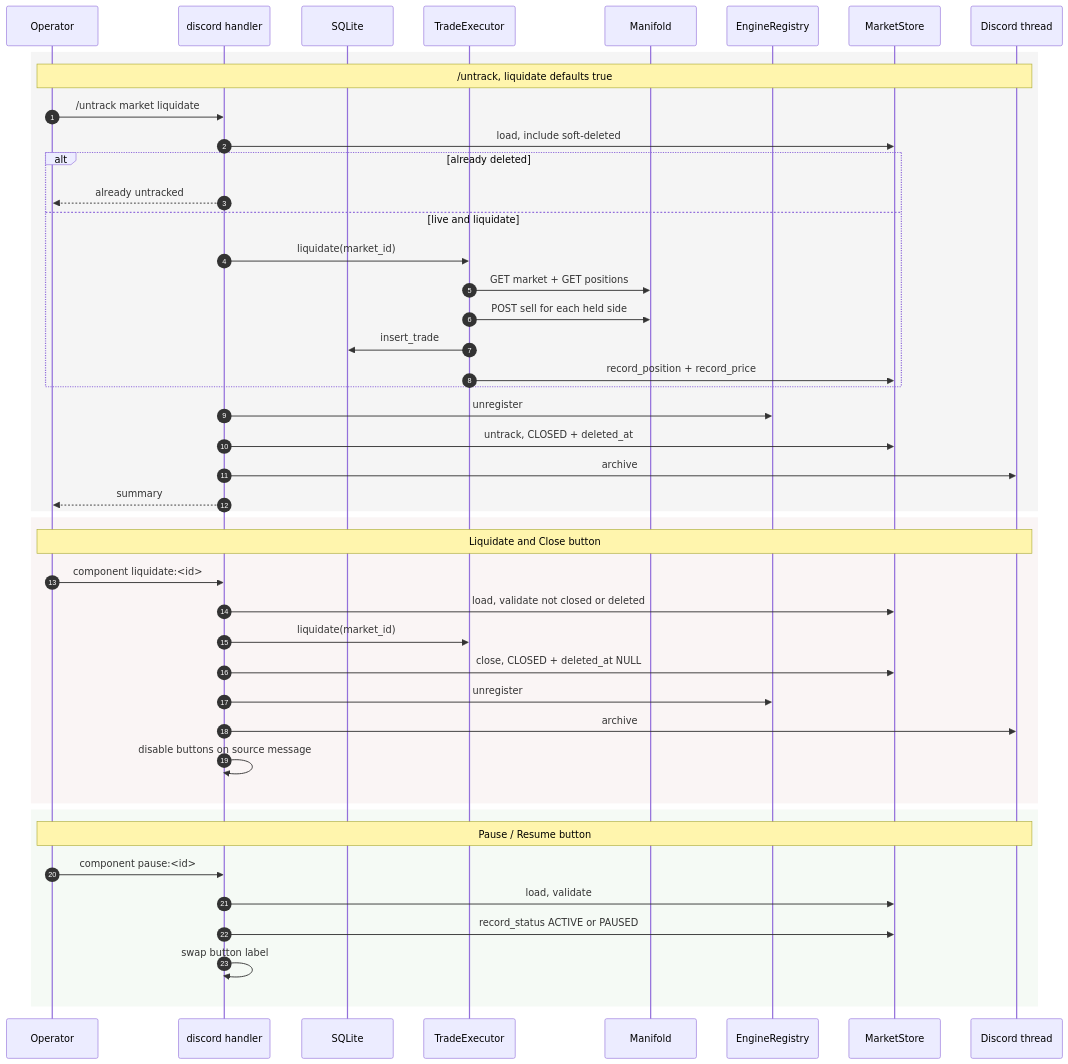
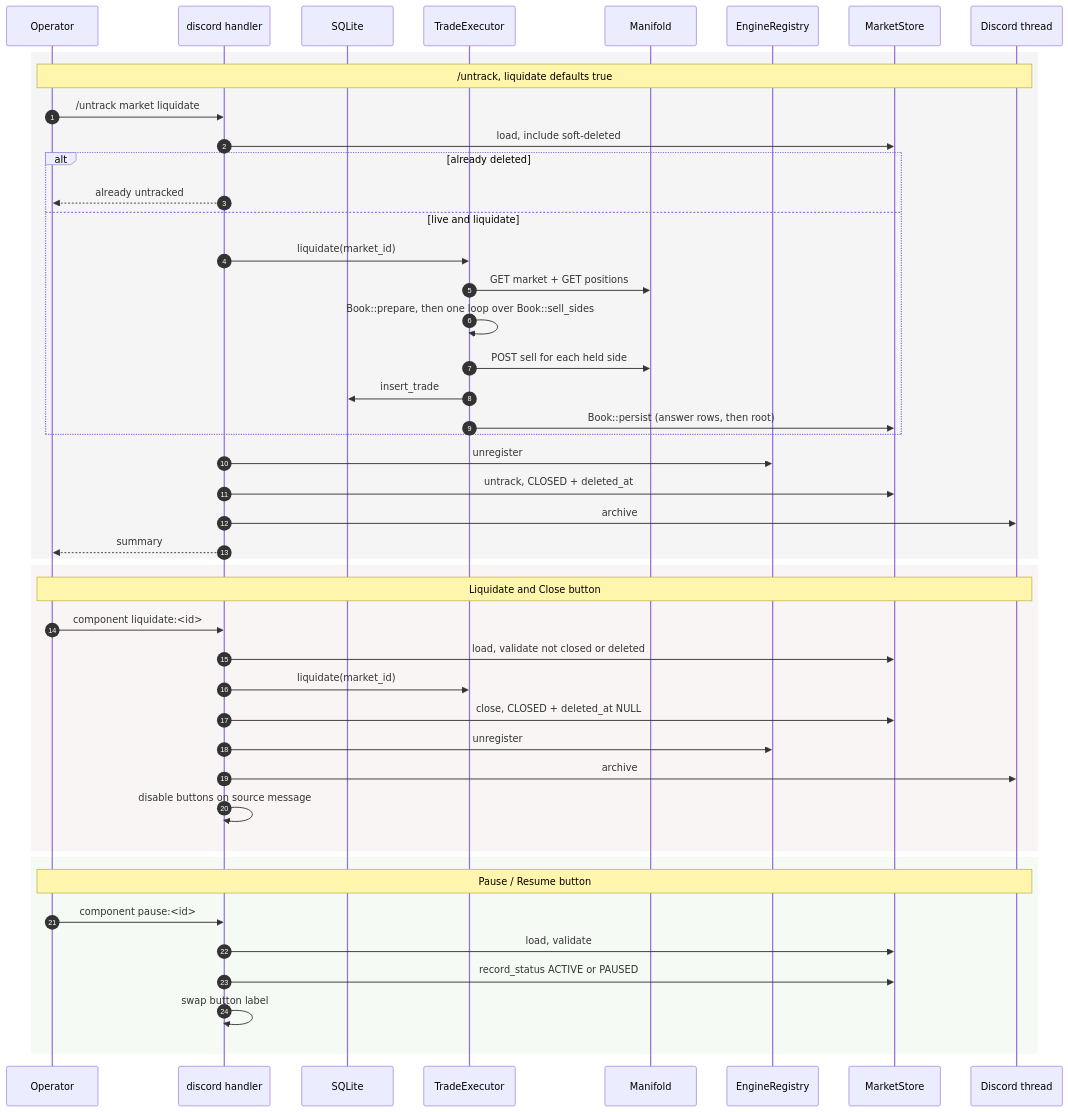
The sixth of 7 diagrams in docs/ARCHITECTURE.md (podikoglou/manif0ld), drawn with Mermaid before and after one commit. The commit also changed other lines of this file and 1 other file, not shown here.

Commit message:
docs: record the trading book

````diff
--- a/docs/ARCHITECTURE.md
+++ b/docs/ARCHITECTURE.md
@@ -671,50 +747,51 @@
 ```mermaid
 sequenceDiagram
     autonumber
     participant OP as Operator
     participant D as discord handler
     participant DB as SQLite
     participant EX as TradeExecutor
     participant MA as Manifold
     participant RG as EngineRegistry
     participant ST as MarketStore
     participant TH as Discord thread
 
     rect rgb(245, 245, 245)
     note over OP,TH: /untrack, liquidate defaults true
     OP->>D: /untrack market liquidate
     D->>ST: load, include soft-deleted
     alt already deleted
         D-->>OP: already untracked
     else live and liquidate
         D->>EX: liquidate(market_id)
         EX->>MA: GET market + GET positions
+        EX->>EX: Book::prepare, then one loop over Book::sell_sides
         EX->>MA: POST sell for each held side
         EX->>DB: insert_trade
-        EX->>ST: record_position + record_price
+        EX->>ST: Book::persist (answer rows, then root)
     end
     D->>RG: unregister
     D->>ST: untrack, CLOSED + deleted_at
     D->>TH: archive
     D-->>OP: summary
     end
 
     rect rgb(250, 245, 245)
     note over OP,TH: Liquidate and Close button
     OP->>D: component liquidate:<id>
     D->>ST: load, validate not closed or deleted
     D->>EX: liquidate(market_id)
     D->>ST: close, CLOSED + deleted_at NULL
     D->>RG: unregister
     D->>TH: archive
     D->>D: disable buttons on source message
     end
 
     rect rgb(245, 250, 245)
     note over OP,TH: Pause / Resume button
     OP->>D: component pause:<id>
     D->>ST: load, validate
     D->>ST: record_status ACTIVE or PAUSED
     D->>D: swap button label
     end
 ```
````
